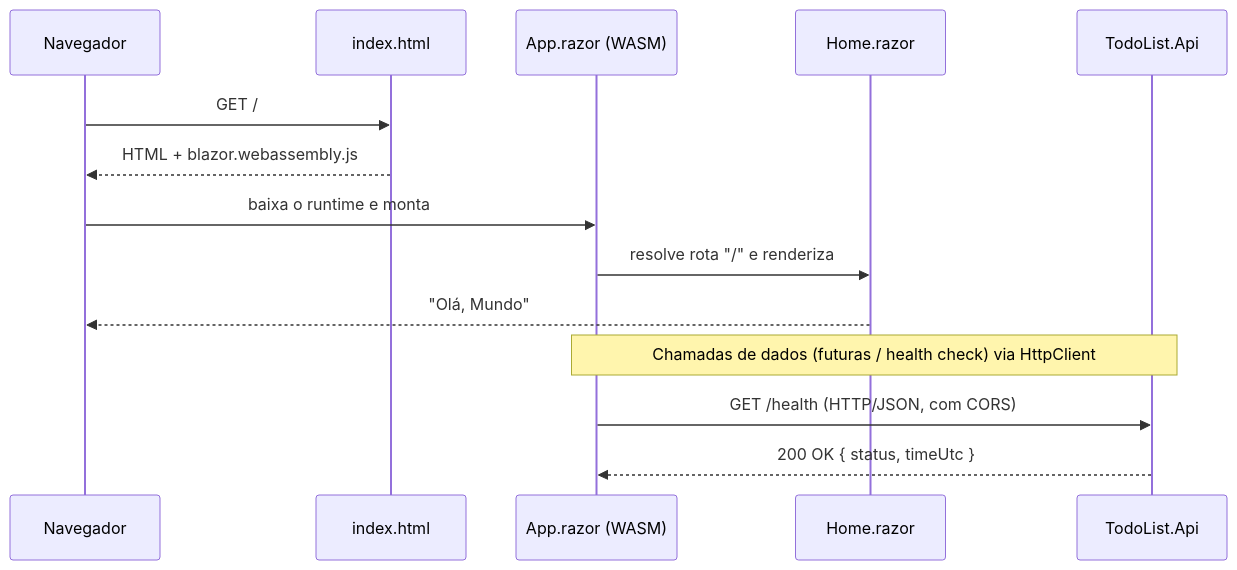
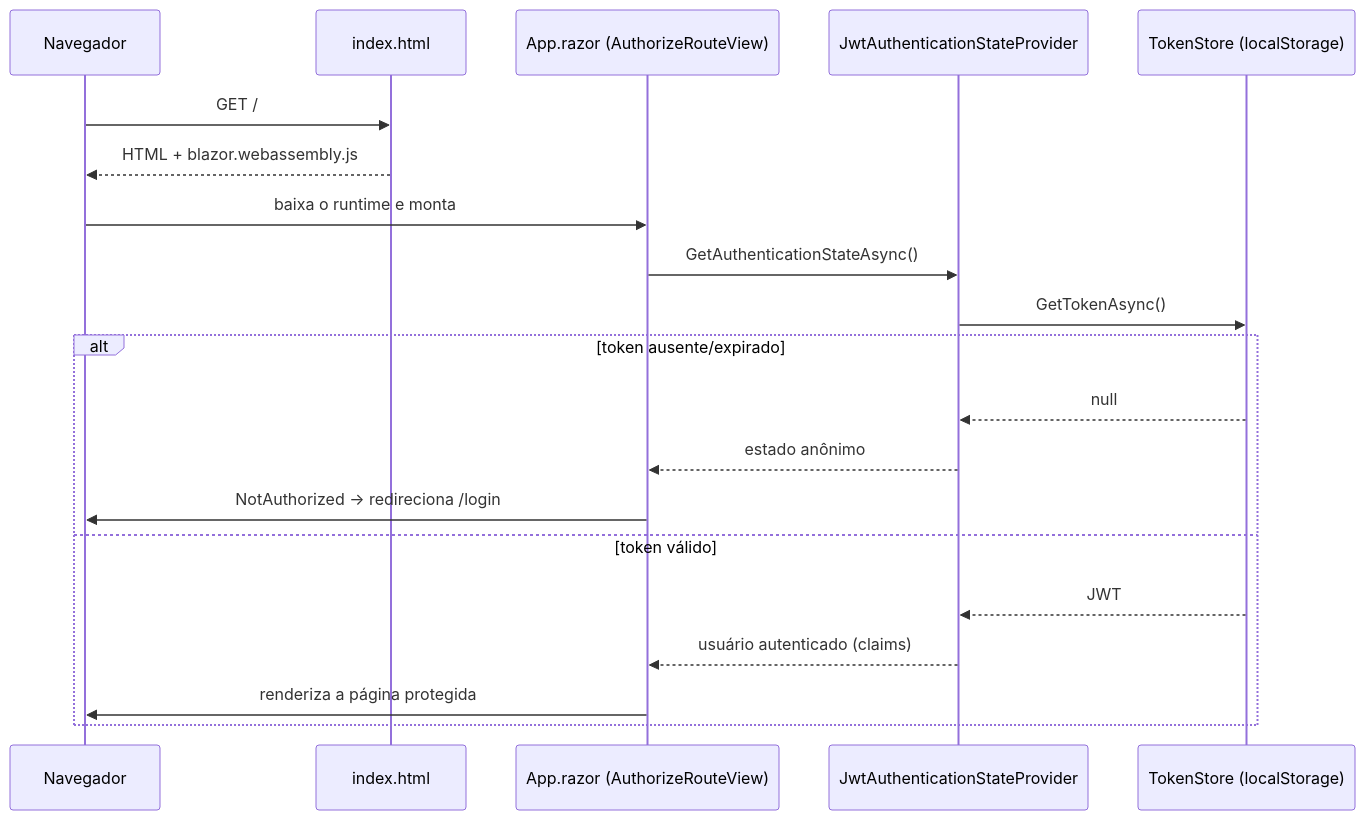
The ninth of 11 diagrams in docs/DIAGRAMS.md (mfigueireddo/todo-list), drawn with Mermaid before and after one commit. The commit also changed other lines of this file and 59 other files, not shown here.

Commit message:
Login do usuário

````diff
--- a/docs/DIAGRAMS.md
+++ b/docs/DIAGRAMS.md
@@ -268,17 +452,23 @@
 ```mermaid
 sequenceDiagram
     participant Browser as Navegador
     participant Index as index.html
-    participant WebApp as App.razor (WASM)
-    participant Home as Home.razor
-    participant Api as TodoList.Api
+    participant WebApp as App.razor (AuthorizeRouteView)
+    participant Auth as JwtAuthenticationStateProvider
+    participant Store as TokenStore (localStorage)
 
     Browser->>Index: GET /
     Index-->>Browser: HTML + blazor.webassembly.js
     Browser->>WebApp: baixa o runtime e monta #app
-    WebApp->>Home: resolve rota "/" e renderiza
-    Home-->>Browser: "Olá, Mundo"
-    Note over WebApp,Api: Chamadas de dados (futuras / health check) via HttpClient
-    WebApp->>Api: GET /health (HTTP/JSON, com CORS)
-    Api-->>WebApp: 200 OK { status, timeUtc }
+    WebApp->>Auth: GetAuthenticationStateAsync()
+    Auth->>Store: GetTokenAsync()
+    alt token ausente/expirado
+        Store-->>Auth: null
+        Auth-->>WebApp: estado anônimo
+        WebApp->>Browser: NotAuthorized -> redireciona /login
+    else token válido
+        Store-->>Auth: JWT
+        Auth-->>WebApp: usuário autenticado (claims)
+        WebApp->>Browser: renderiza a página protegida
+    end
 ```
````
